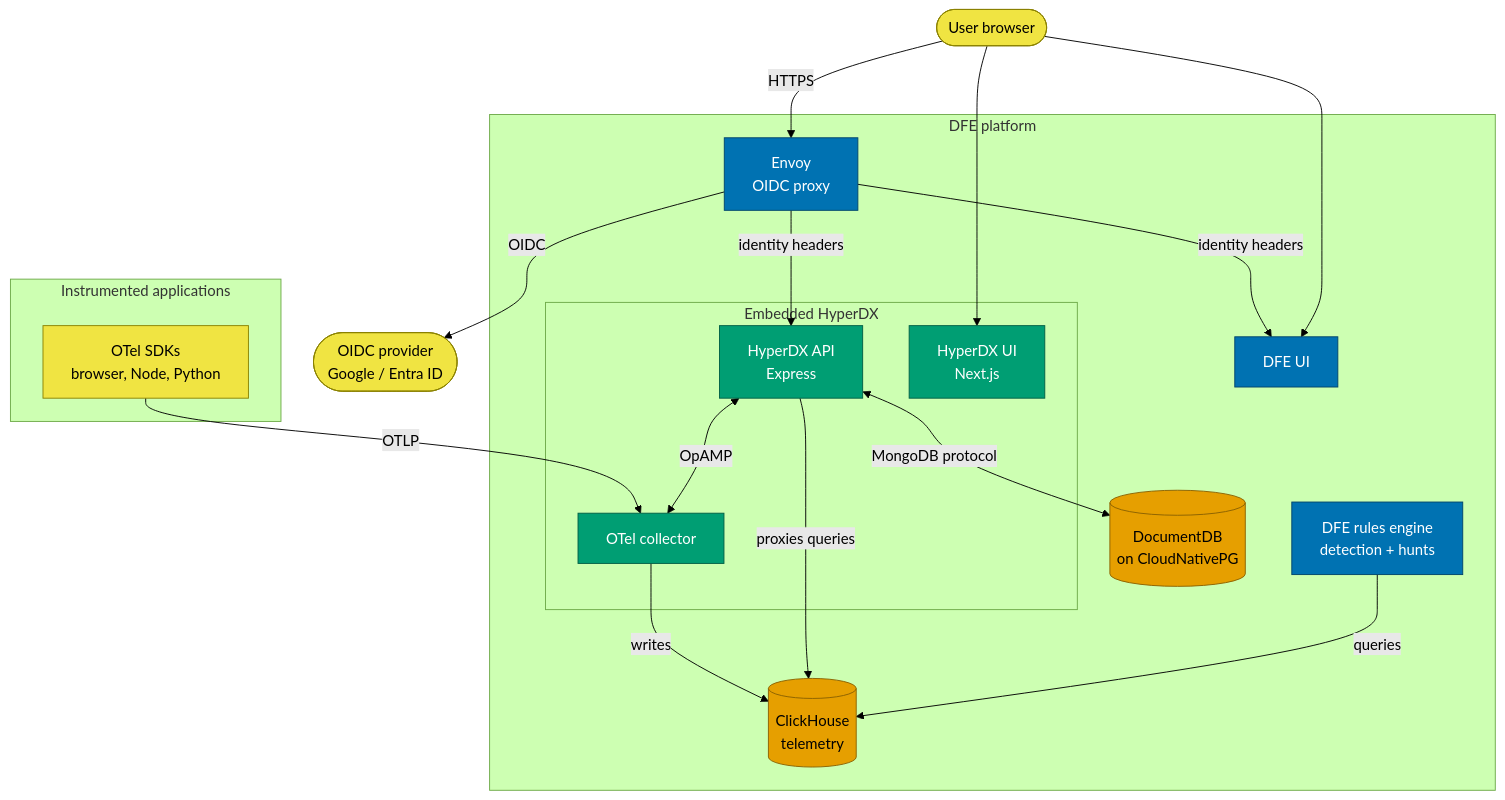
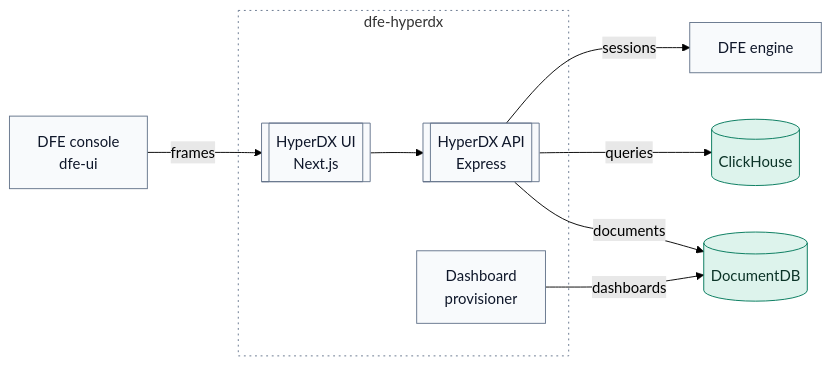
The first of 2 diagrams in docs/architecture/README.md (hyperi-io/dfe-hyperdx), drawn with Mermaid (forest theme) before and after one commit. The commit also changed other lines of this file and 24 other files, not shown here.

First line of the commit message:
docs(hyperdx): fix claims and redraw the fork docs diagrams

````diff
--- a/docs/architecture/README.md
+++ b/docs/architecture/README.md
@@ -28,46 +33,30 @@
 ```mermaid
-flowchart TB
-    browser(["User browser"])
-    oidc(["OIDC provider<br/>Google / Entra ID"])
+flowchart LR
+    accTitle: L2 Services -- dfe-hyperdx
+    accDescr: The DFE console frames the HyperDX UI, which calls the HyperDX API. The API asks the DFE engine about each session, queries ClickHouse and keeps its documents in DocumentDB. The dashboard provisioner writes shipped dashboards to DocumentDB.
 
-    subgraph apps["Instrumented applications"]
-        sdks["OTel SDKs<br/>browser, Node, Python"]
+    console["DFE console<br/>dfe-ui"]
+
+    subgraph hdx["dfe-hyperdx"]
+        app[["HyperDX UI<br/>Next.js"]]
+        api[["HyperDX API<br/>Express"]]
+        provisioner["Dashboard<br/>provisioner"]
     end
 
-    subgraph dfe["DFE platform"]
-        envoy["Envoy<br/>OIDC proxy"]
-        ui["DFE UI"]
-        rules["DFE rules engine<br/>detection + hunts"]
+    engine["DFE engine"]
+    ch[("ClickHouse")]
+    docdb[("DocumentDB")]
 
-        subgraph hdx["Embedded HyperDX"]
-            otel["OTel collector"]
-            api["HyperDX API<br/>Express"]
-            app["HyperDX UI<br/>Next.js"]
-        end
+    console -->|frames| app
+    app --> api
+    api -->|sessions| engine
+    api -->|queries| ch
+    api -->|documents| docdb
+    provisioner -->|dashboards| docdb
 
-        ch[(ClickHouse<br/>telemetry)]
-        docdb[("DocumentDB<br/>on CloudNativePG")]
-    end
-
-    sdks -->|OTLP| otel
-    otel -->|writes| ch
-    api <-->|OpAMP| otel
-    api <-->|MongoDB protocol| docdb
-    api -->|proxies queries| ch
-    rules -->|queries| ch
-    browser -->|HTTPS| envoy
-    envoy -->|OIDC| oidc
-    envoy -->|identity headers| api
-    envoy -->|identity headers| ui
-    browser --> ui
-    browser --> app
-
-    classDef external fill:#F0E442,stroke:#8a8200,color:#000000
-    classDef ours fill:#0072B2,stroke:#00456b,color:#ffffff
-    classDef upstream fill:#009E73,stroke:#005f45,color:#ffffff
-    classDef store fill:#E69F00,stroke:#8a6100,color:#000000
-    class browser,oidc,sdks external
-    class envoy,ui,rules ours
-    class otel,api,app upstream
+    classDef default fill:#F8FAFC,stroke:#64748B,stroke-width:1px,color:#0F172A
+    classDef store fill:#DDF3EC,stroke:#00785A,stroke-width:1px,color:#0B3327
+    classDef group fill:none,stroke:#64748B,stroke-width:1px,stroke-dasharray:2 4
     class ch,docdb store
+    class hdx group
 ```
````
